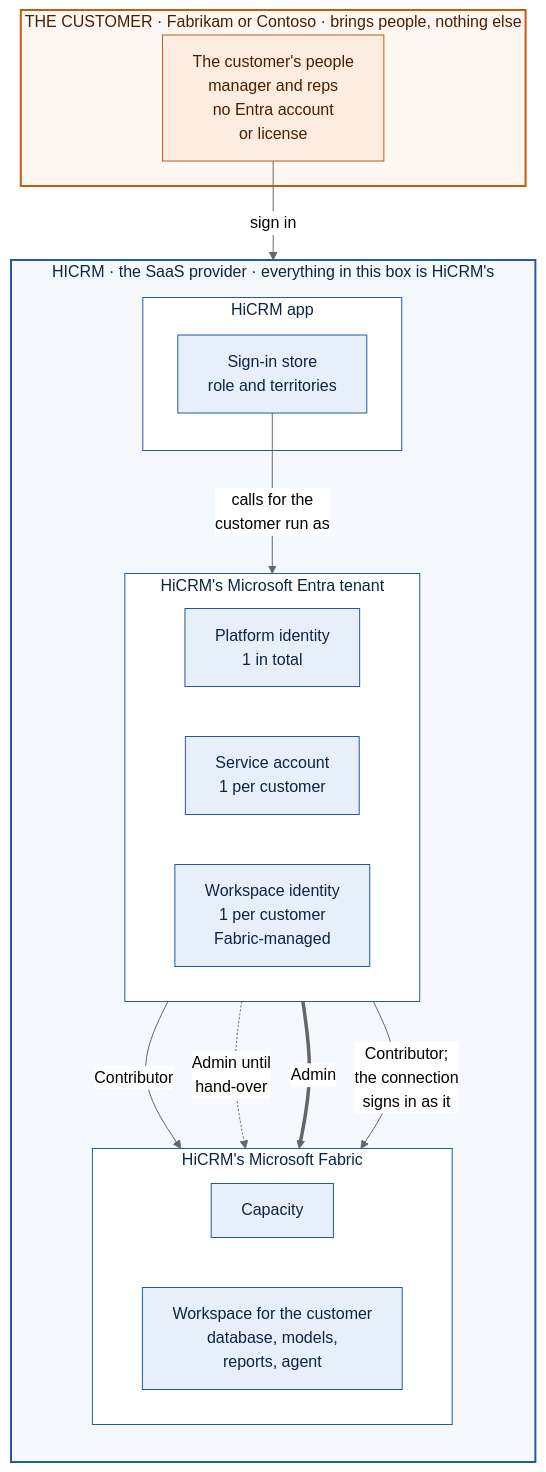
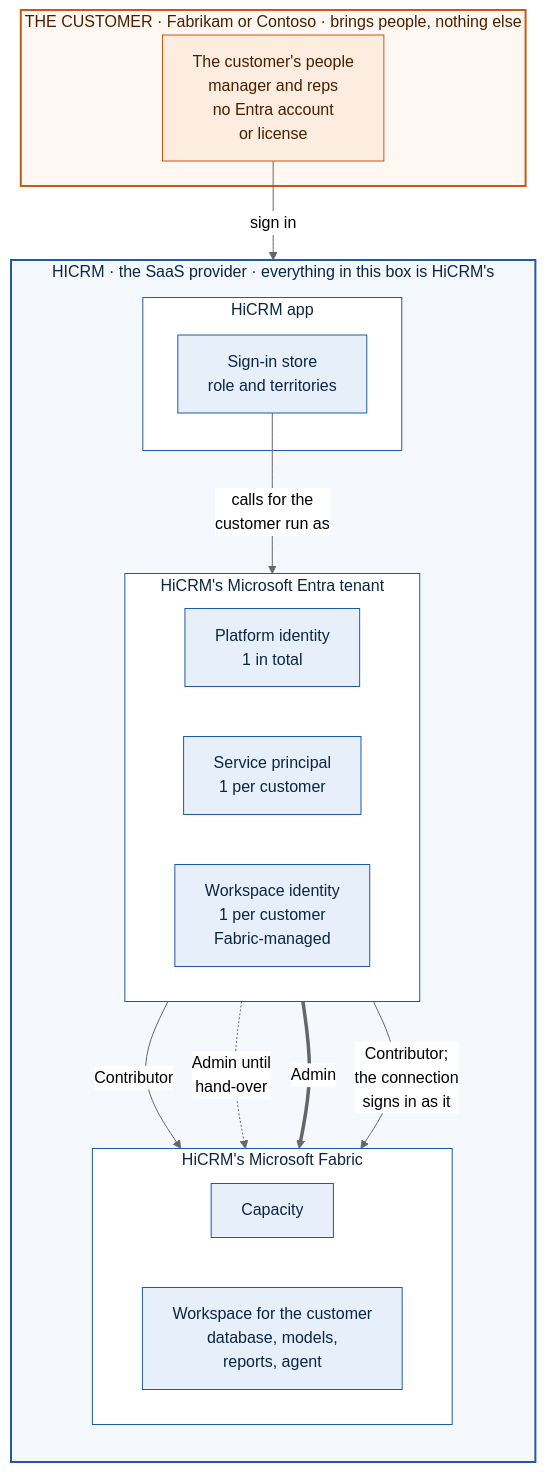
Before and after one commit to apkola29/fabric: the diagram in saas-platform/BUILDOUT.md, drawn with Mermaid (neutral theme). The commit also changed other lines of this file and 29 other files, not shown here.

First line of the commit message:
saas-platform: View as personas, a diagrams page and validation fixes

````diff
--- a/saas-platform/BUILDOUT.md
+++ b/saas-platform/BUILDOUT.md
@@ -34,40 +34,40 @@
 ```mermaid
 flowchart TB
   %% Orange: the customer, Fabrikam or Contoso. Blue: HiCRM, the SaaS provider, which owns everything in its box.
   subgraph CUST["THE CUSTOMER · Fabrikam or Contoso · brings people, nothing else"]
     PEOPLE["The customer's people<br/>manager and reps<br/>no Entra account<br/>or license"]
   end
   subgraph HI["HICRM · the SaaS provider · everything in this box is HiCRM's"]
     direction TB
     subgraph APP["HiCRM app"]
       STORE["Sign-in store<br/>role and territories"]
     end
     subgraph ENTRA["HiCRM's Microsoft Entra tenant"]
       direction LR
       PSP["Platform identity<br/>1 in total"]
-      SA["Service account<br/>1 per customer"]
+      SA["Service principal<br/>1 per customer"]
       WI["Workspace identity<br/>1 per customer<br/>Fabric-managed"]
     end
     subgraph FABRIC["HiCRM's Microsoft Fabric"]
       direction LR
       CAP["Capacity"]
       WS["Workspace for the customer<br/>database, models,<br/>reports, agent"]
     end
   end
   PEOPLE -->|"sign in"| STORE
   STORE -->|"calls for the<br/>customer run as"| SA
   PSP -->|"Contributor"| CAP
   PSP -.->|"Admin until<br/>hand-over"| WS
   SA ==>|"Admin"| WS
   WI -->|"Contributor;<br/>the connection<br/>signs in as it"| WS
 
   classDef customer fill:#FDECE0,stroke:#C55A11,color:#4A1F00
   classDef hicrm fill:#E7F0FA,stroke:#1F5AA6,color:#0B2545
   class PEOPLE customer
   class STORE,PSP,SA,WI,CAP,WS hicrm
   style CUST fill:#FFF7F1,stroke:#C55A11,stroke-width:2px,color:#4A1F00
   style HI fill:#F5F9FE,stroke:#1F5AA6,stroke-width:2px,color:#0B2545
   style APP fill:#FFFFFF,stroke:#1F5AA6,color:#0B2545
   style ENTRA fill:#FFFFFF,stroke:#1F5AA6,color:#0B2545
   style FABRIC fill:#FFFFFF,stroke:#1F5AA6,color:#0B2545
 ```
````
